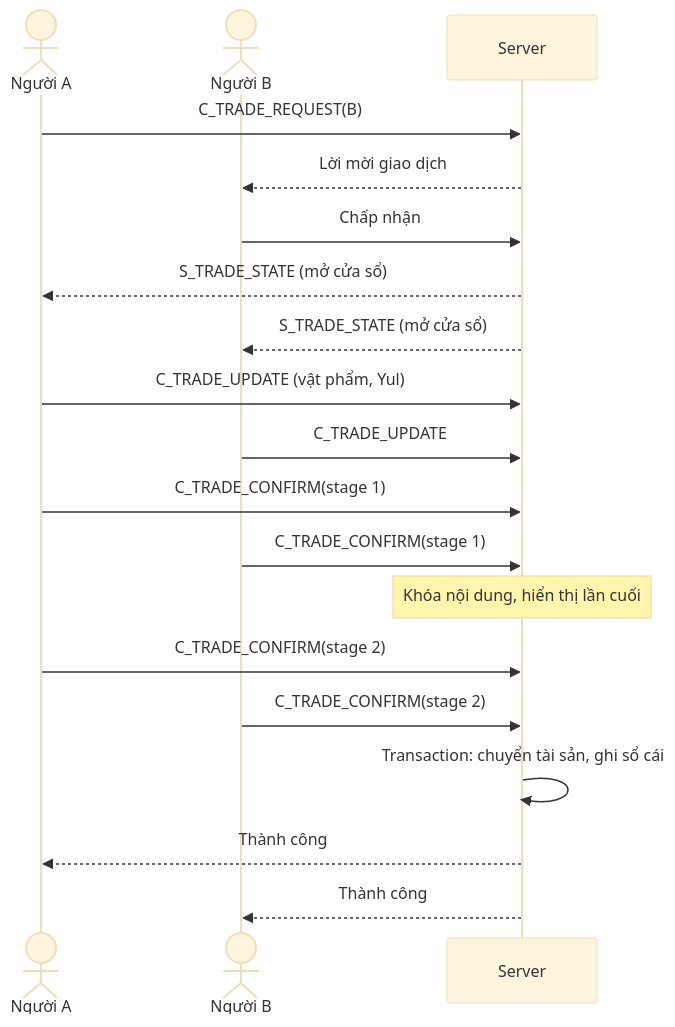
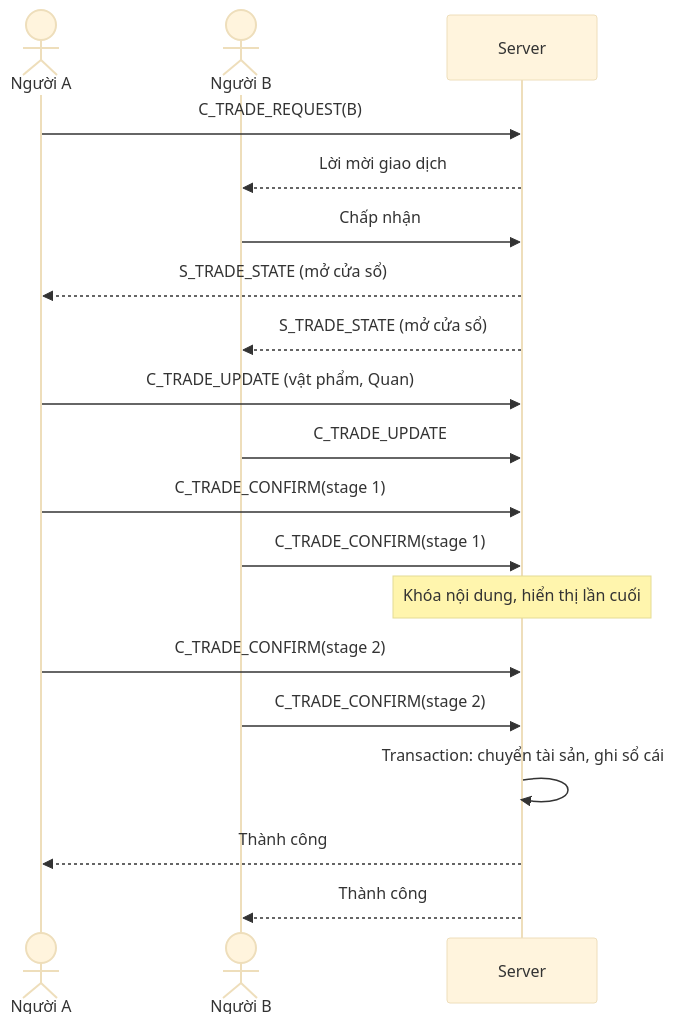
Before and after one commit to thehuygnouhk/game-2d: the eighth of 13 diagrams in docs/workflows/player-journey.md, drawn with Mermaid (base theme). The commit also changed other lines of this file and 35 other files, not shown here.

````diff
--- a/docs/workflows/player-journey.md
+++ b/docs/workflows/player-journey.md
@@ -161,21 +161,21 @@
 ```mermaid
 sequenceDiagram
     actor A as Người A
     actor B as Người B
     participant S as Server
     A->>S: C_TRADE_REQUEST(B)
     S-->>B: Lời mời giao dịch
     B->>S: Chấp nhận
     S-->>A: S_TRADE_STATE (mở cửa sổ)
     S-->>B: S_TRADE_STATE (mở cửa sổ)
-    A->>S: C_TRADE_UPDATE (vật phẩm, Yul)
+    A->>S: C_TRADE_UPDATE (vật phẩm, Quan)
     B->>S: C_TRADE_UPDATE
     A->>S: C_TRADE_CONFIRM(stage 1)
     B->>S: C_TRADE_CONFIRM(stage 1)
     Note over S: Khóa nội dung, hiển thị lần cuối
     A->>S: C_TRADE_CONFIRM(stage 2)
     B->>S: C_TRADE_CONFIRM(stage 2)
     S->>S: Transaction: chuyển tài sản, ghi sổ cái
     S-->>A: Thành công
     S-->>B: Thành công
 ```
````
